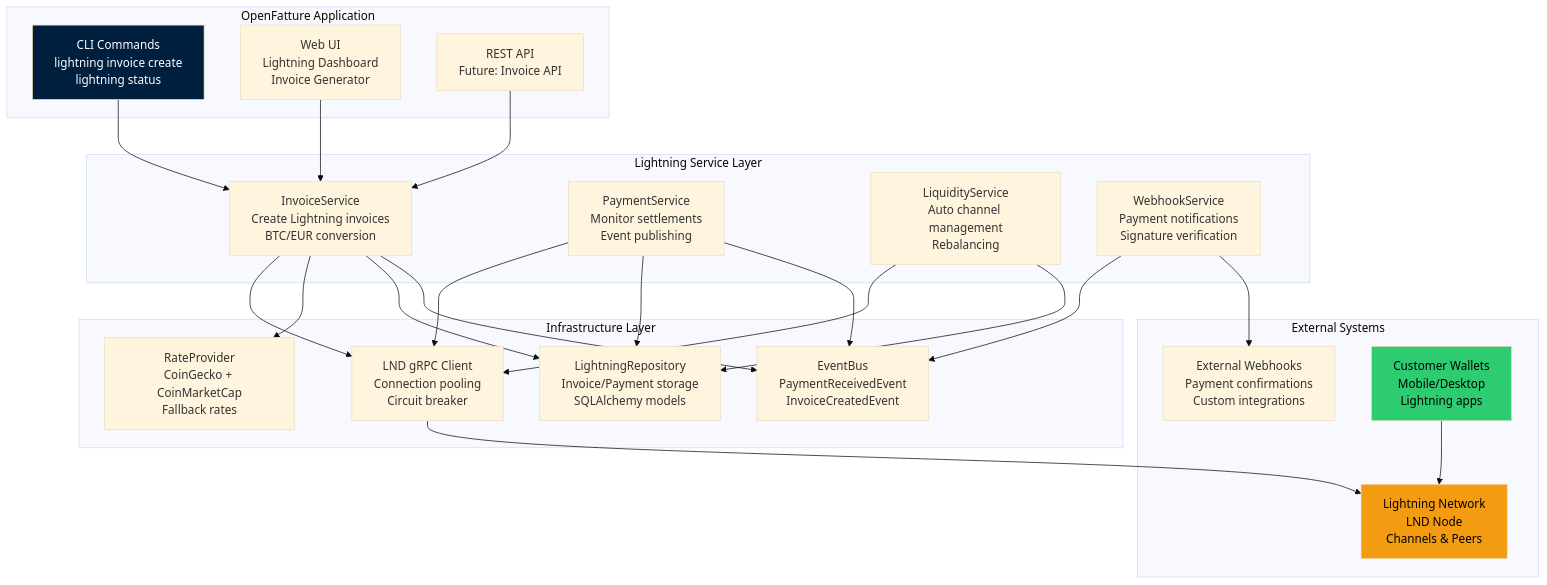
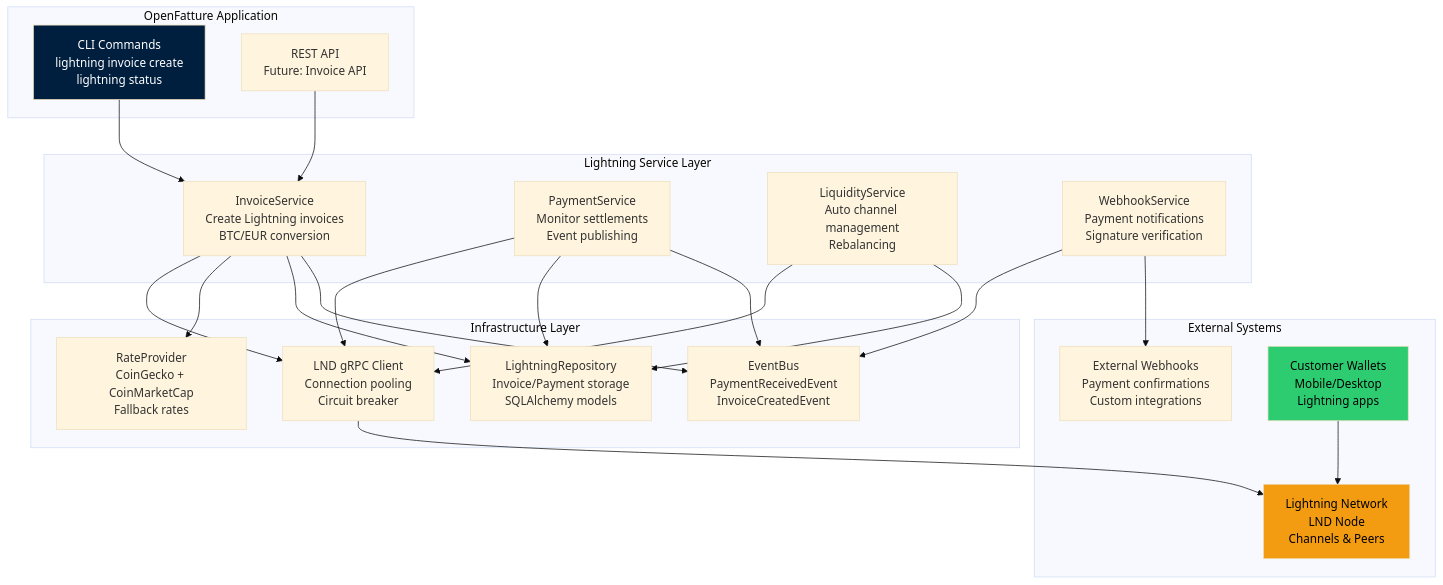
Before and after one commit to gianlucamazza/openfatture: the seventh of 11 diagrams in docs/ARCHITECTURE_DIAGRAMS.md, drawn with Mermaid (base theme). The commit also changed other lines of this file and 313 other files, not shown here.

````diff
--- a/docs/ARCHITECTURE_DIAGRAMS.md
+++ b/docs/ARCHITECTURE_DIAGRAMS.md
@@ -434,54 +434,52 @@
 ```mermaid
 graph TB
     subgraph "OpenFatture Application"
         CLI[CLI Commands<br/>lightning invoice create<br/>lightning status]
-        WebUI[Web UI<br/>Lightning Dashboard<br/>Invoice Generator]
         API[REST API<br/>Future: Invoice API]
     end
 
     subgraph "Lightning Service Layer"
         InvSvc[InvoiceService<br/>Create Lightning invoices<br/>BTC/EUR conversion]
         PaySvc[PaymentService<br/>Monitor settlements<br/>Event publishing]
         LiqSvc[LiquidityService<br/>Auto channel management<br/>Rebalancing]
         WebhookSvc[WebhookService<br/>Payment notifications<br/>Signature verification]
     end
 
     subgraph "Infrastructure Layer"
         LND[LND gRPC Client<br/>Connection pooling<br/>Circuit breaker]
         Repo[LightningRepository<br/>Invoice/Payment storage<br/>SQLAlchemy models]
         RateProv[RateProvider<br/>CoinGecko + CoinMarketCap<br/>Fallback rates]
         EventBus[EventBus<br/>PaymentReceivedEvent<br/>InvoiceCreatedEvent]
     end
 
     subgraph "External Systems"
         LN[Lightning Network<br/>LND Node<br/>Channels & Peers]
         Webhook[External Webhooks<br/>Payment confirmations<br/>Custom integrations]
         Wallet[Customer Wallets<br/>Mobile/Desktop<br/>Lightning apps]
     end
 
     CLI --> InvSvc
-    WebUI --> InvSvc
     API --> InvSvc
 
     InvSvc --> LND
     InvSvc --> RateProv
     InvSvc --> Repo
     InvSvc --> EventBus
 
     PaySvc --> LND
     PaySvc --> Repo
     PaySvc --> EventBus
 
     LiqSvc --> LND
     LiqSvc --> Repo
 
     WebhookSvc --> EventBus
     WebhookSvc --> Webhook
 
     LND --> LN
     Wallet --> LN
 
     style CLI fill:#001f3f,color:#fff
     style LN fill:#F39C12,color:#000
     style Wallet fill:#2ECC71,color:#000
 ```
````
